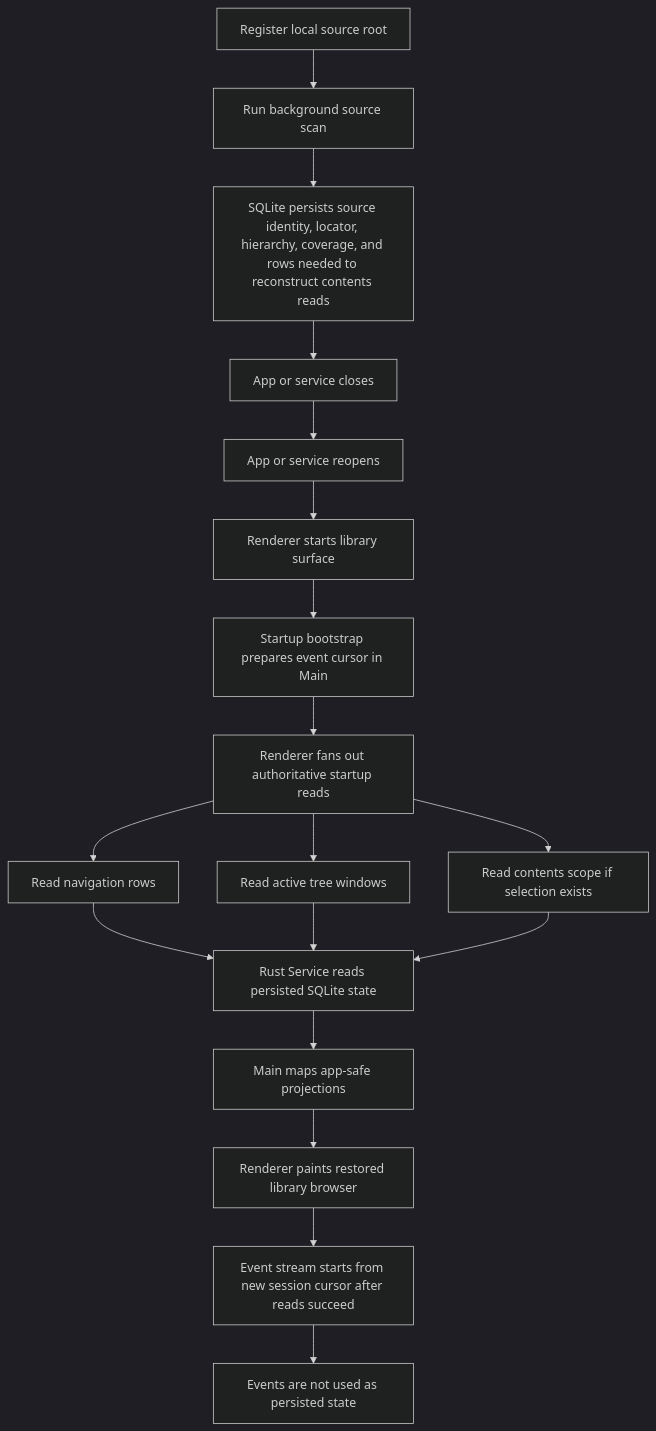
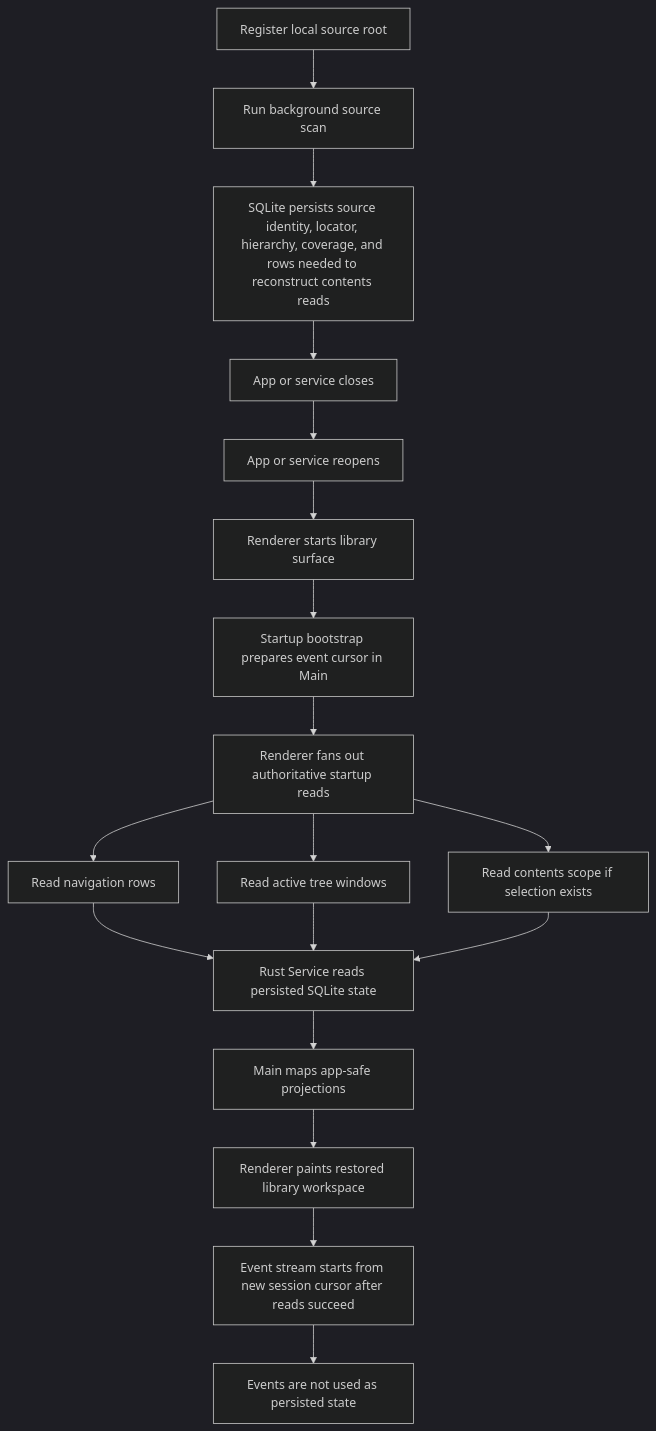
One commit to maikeleckelboom/dekzer-legacy changed diagram 12 of 14 in docs/library/source/substrate-e2e-flow-diagrams.md. Above: the diagram before and after it, drawn with Mermaid (dark theme). The commit also changed 66 other files, not shown here.

````diff
--- a/docs/library/source/substrate-e2e-flow-diagrams.md
+++ b/docs/library/source/substrate-e2e-flow-diagrams.md
@@ -687,20 +687,20 @@
 ```mermaid
 flowchart TD
   A["Register local source root"] --> B["Run background source scan"]
   B --> C["SQLite persists source identity, locator, hierarchy, coverage, and rows needed to reconstruct contents reads"]
   C --> D["App or service closes"]
   D --> E["App or service reopens"]
   E --> F["Renderer starts library surface"]
   F --> G["Startup bootstrap prepares event cursor in Main"]
   G --> H["Renderer fans out authoritative startup reads"]
   H --> I["Read navigation rows"]
   H --> J["Read active tree windows"]
   H --> K["Read contents scope if selection exists"]
   I --> L["Rust Service reads persisted SQLite state"]
   J --> L
   K --> L
   L --> M["Main maps app-safe projections"]
-  M --> N["Renderer paints restored library browser"]
+  M --> N["Renderer paints restored library workspace"]
   N --> O["Event stream starts from new session cursor after reads succeed"]
   O --> P["Events are not used as persisted state"]
 ```
````
